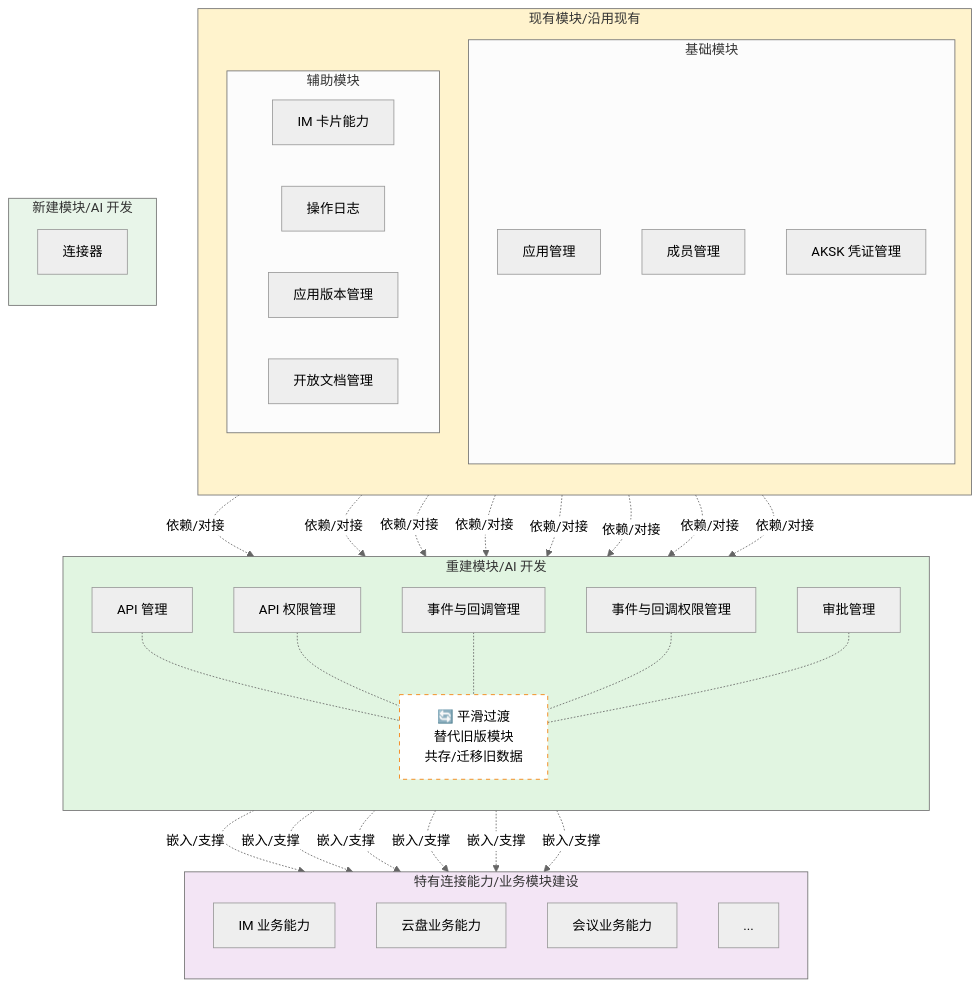
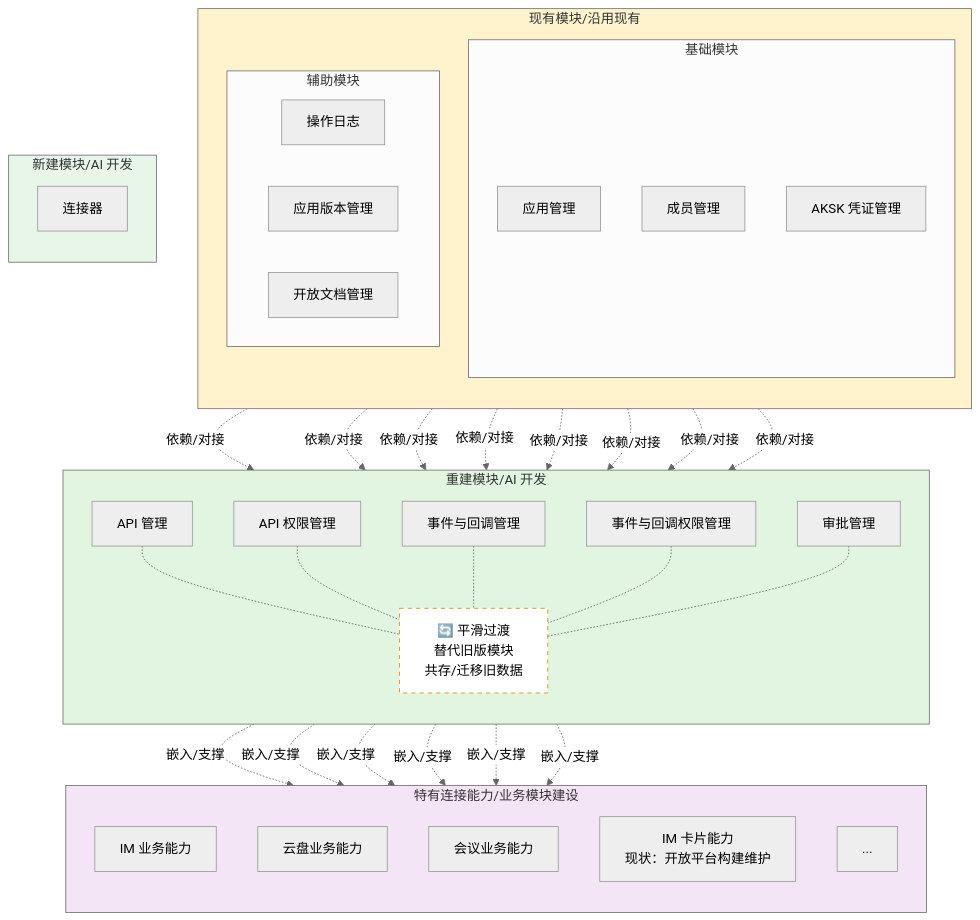
Before and after one commit to THZSummer/Product: the fourth of 11 diagrams in open-app/.sdd/specs-tree-root/specs-tree-capability-open-platform/discovery-report.md, drawn with Mermaid (neutral theme). The commit also changed other lines of this file, not shown here.

````diff
--- a/open-app/.sdd/specs-tree-root/specs-tree-capability-open-platform/discovery-report.md
+++ b/open-app/.sdd/specs-tree-root/specs-tree-capability-open-platform/discovery-report.md
@@ -158,56 +158,56 @@
 ```mermaid
 flowchart TB
     subgraph Existing[现有模块/沿用现有]
         direction TB
         subgraph Foundation[基础模块]
             E1[应用管理]
             E2[成员管理]
             E3[AKSK 凭证管理]
         end
         subgraph Others[辅助模块]
-            E4[IM 卡片能力]
             E5[操作日志]
             E6[应用版本管理]
             E7[开放文档管理]
         end
     end
     
     subgraph Rebuild[重建模块/AI 开发]
         direction TB
         R1[API 管理]
         R2[API 权限管理]
         R3[事件与回调管理]
         R4[事件与回调权限管理]
         R5[审批管理]
         
         Note1["🔄 平滑过渡<br/>替代旧版模块<br/>共存/迁移旧数据"]
         R1 & R2 & R3 & R4 & R5 -.- Note1
     end
     
     subgraph New[新建模块/AI 开发]
         direction TB
         N1[连接器]
     end
     
     subgraph Specific[特有连接能力/业务模块建设]
         direction TB
         S1[IM 业务能力]
         S2[云盘业务能力]
         S3[会议业务能力]
-        S4[...]
+        S4[IM 卡片能力<br/>现状：开放平台构建维护]
+        S5[...]
     end
     
     %% 依赖与集成关系
     E1 -.->|依赖/对接 | R1 & R2 & R3 & R4
     E2 -.->|依赖/对接 | R2 & R4
     E3 -.->|依赖/对接 | R1 & R3
     
     %% 嵌入关系
     R1 & R3 -.->|嵌入/支撑 | S1 & S2 & S3
     
     style Existing fill:#fff3cd
     style Rebuild fill:#e1f5e1
     style New fill:#e8f5e9
     style Specific fill:#f3e5f5
     style Note1 fill:#ffffff,stroke:#f57c00,stroke-dasharray: 5 5
 ```
````
